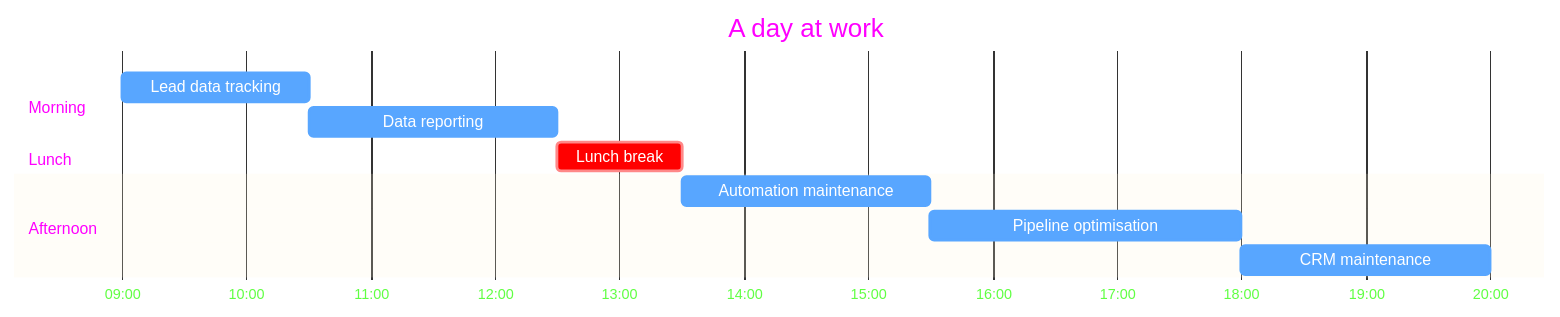
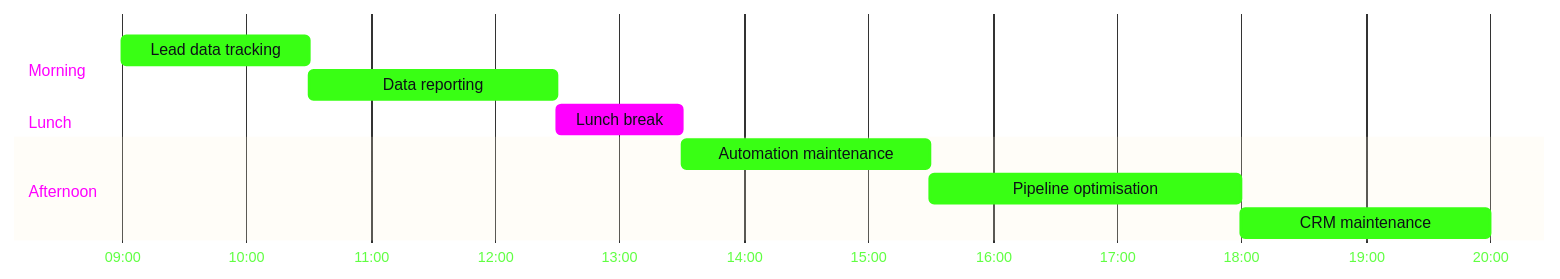
One commit to lombazz/lombazz changed the diagram in README.md. Above: the diagram before and after it, drawn with Mermaid.

Commit message:
Gantt: neon green bars, magenta lunch + today line, drop inner title

````diff
--- a/README.md
+++ b/README.md
@@ -63,32 +63,34 @@
 ```mermaid
 %%{init: {'theme':'base','themeVariables':{
-  'taskBkgColor':'#58a6ff',
-  'taskBorderColor':'#58a6ff',
-  'taskTextColor':'#ffffff',
-  'taskTextLightColor':'#ffffff',
+  'taskBkgColor':'#39FF14',
+  'taskBorderColor':'#39FF14',
+  'taskTextColor':'#0d1117',
+  'taskTextLightColor':'#0d1117',
+  'taskTextDarkColor':'#0d1117',
   'taskTextOutsideColor':'#39FF14',
+  'critBkgColor':'#FF00FF',
+  'critBorderColor':'#FF00FF',
   'textColor':'#39FF14',
   'titleColor':'#FF00FF',
   'sectionBkgColor':'transparent',
   'altSectionBkgColor':'transparent',
   'gridColor':'#39FF14',
-  'tickColor':'#39FF14'
+  'tickColor':'#39FF14',
+  'todayLineColor':'#FF00FF'
 }}}%%
 gantt
-  title A day at work
   dateFormat HH:mm
   axisFormat %H:%M
-  todayMarker off
 
   section Morning
     Lead data tracking      :09:00, 90m
     Data reporting          :10:30, 120m
 
   section Lunch
     Lunch break             :crit, 12:30, 60m
 
   section Afternoon
     Automation maintenance  :13:30, 120m
     Pipeline optimisation   :15:30, 150m
     CRM maintenance         :18:00, 120m
 ```
````
